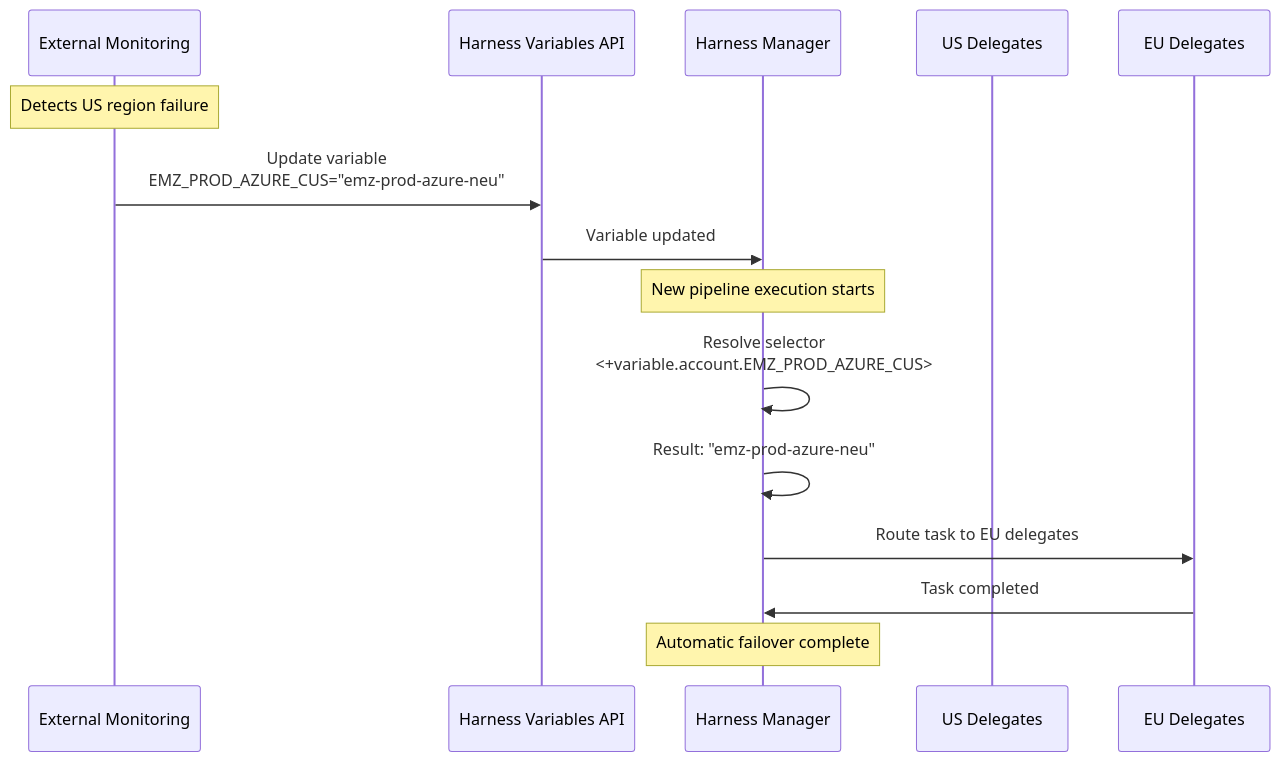
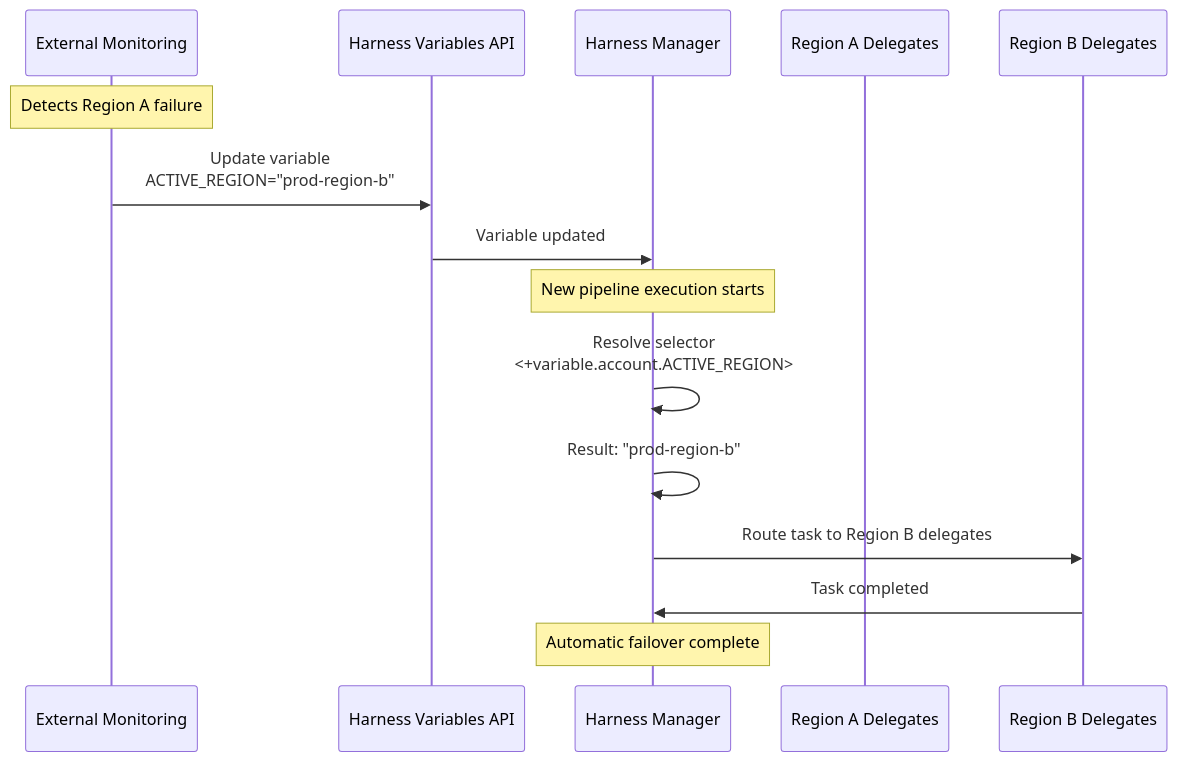
One commit to harness/developer-hub changed the second of 4 diagrams in docs/platform/delegates-v2/disaster-recovery-strategy.md. Above: the diagram before and after it, drawn with Mermaid. The commit also changed other lines of this file, not shown here.

````diff
--- a/docs/platform/delegates-v2/disaster-recovery-strategy.md
+++ b/docs/platform/delegates-v2/disaster-recovery-strategy.md
@@ -148,20 +148,20 @@
 ```mermaid
 sequenceDiagram
     participant Monitoring as External Monitoring
     participant API as Harness Variables API
     participant Manager as Harness Manager
-    participant US as US Delegates
-    participant EU as EU Delegates
+    participant RegionA as Region A Delegates
+    participant RegionB as Region B Delegates
     
-    Note over Monitoring: Detects US region failure
-    Monitoring->>API: Update variable<br/>EMZ_PROD_AZURE_CUS="emz-prod-azure-neu"
+    Note over Monitoring: Detects Region A failure
+    Monitoring->>API: Update variable<br/>ACTIVE_REGION="prod-region-b"
     API->>Manager: Variable updated
     
     Note over Manager: New pipeline execution starts
-    Manager->>Manager: Resolve selector<br/><+variable.account.EMZ_PROD_AZURE_CUS>
-    Manager->>Manager: Result: "emz-prod-azure-neu"
-    Manager->>EU: Route task to EU delegates
-    EU->>Manager: Task completed
+    Manager->>Manager: Resolve selector<br/><+variable.account.ACTIVE_REGION>
+    Manager->>Manager: Result: "prod-region-b"
+    Manager->>RegionB: Route task to Region B delegates
+    RegionB->>Manager: Task completed
     
     Note over Manager: Automatic failover complete
 ```
````
